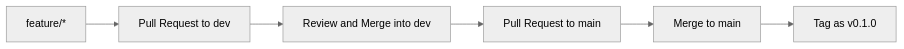
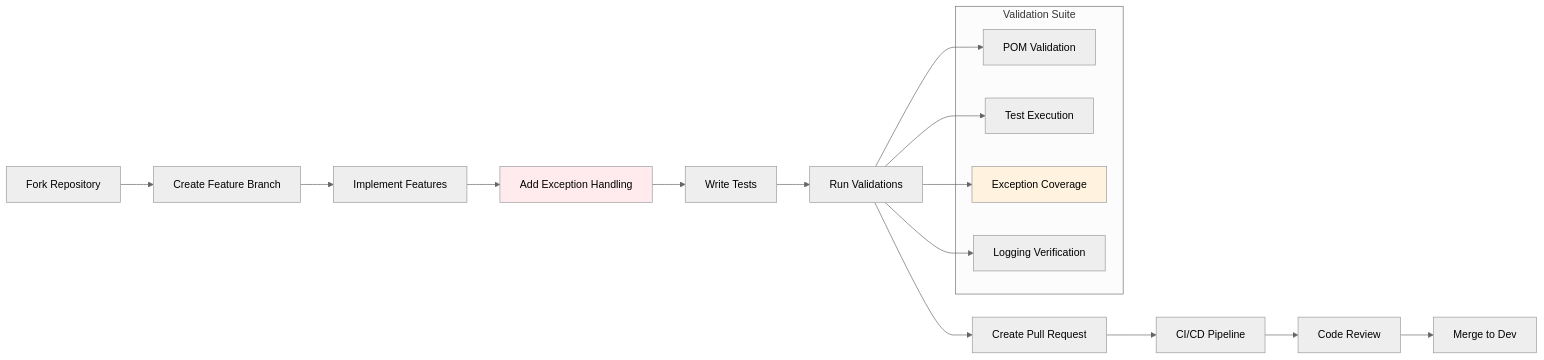
One commit to Anuj-Patiyal/hybrid-framework changed the ninth of 9 diagrams in README.md. Above: the diagram before and after it, drawn with Mermaid (neutral theme). The commit also changed other lines of this file and 8 other files, not shown here.

First line of the commit message:
🎯 [RELEASE] Robust Exception Handling (v0.4.0) (#23)

````diff
--- a/README.md
+++ b/README.md
@@ -178,8 +424,27 @@
 ```mermaid
-graph LR
-A[feature/*] --> B[Pull Request to dev]
-B --> C[Review and Merge into dev]
-C --> D[Pull Request to main]
-D --> E[Merge to main]
-E --> F[Tag as v0.1.0]
+flowchart LR
+    A[Fork Repository] --> B[Create Feature Branch]
+    B --> C[Implement Features]
+    C --> D[Add Exception Handling]
+    D --> E[Write Tests]
+    E --> F[Run Validations]
+    F --> G[Create Pull Request]
+    G --> H[CI/CD Pipeline]
+    H --> I[Code Review]
+    I --> J[Merge to Dev]
+    
+    subgraph "Validation Suite"
+        V1[POM Validation]
+        V2[Test Execution]
+        V3[Exception Coverage]
+        V4[Logging Verification]
+    end
+    
+    F --> V1
+    F --> V2
+    F --> V3
+    F --> V4
+    
+    style D fill:#ffebee
+    style V3 fill:#fff3e0
 ```
````
